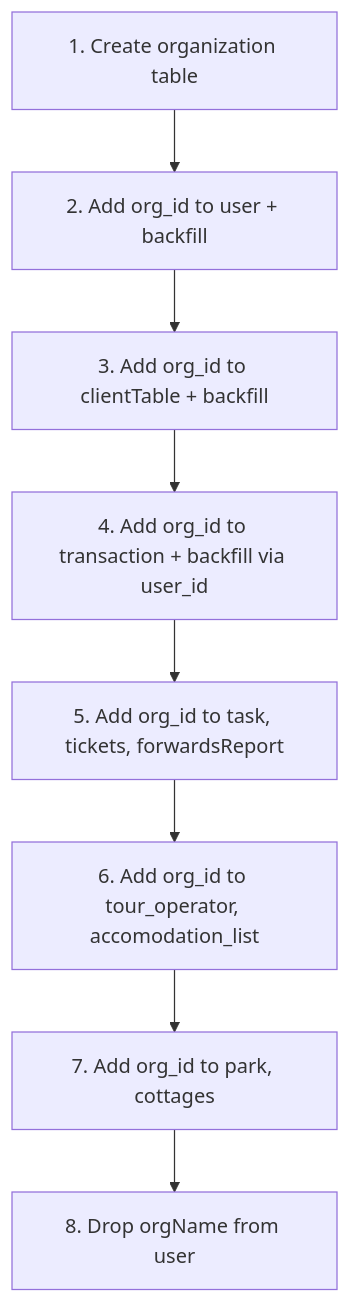
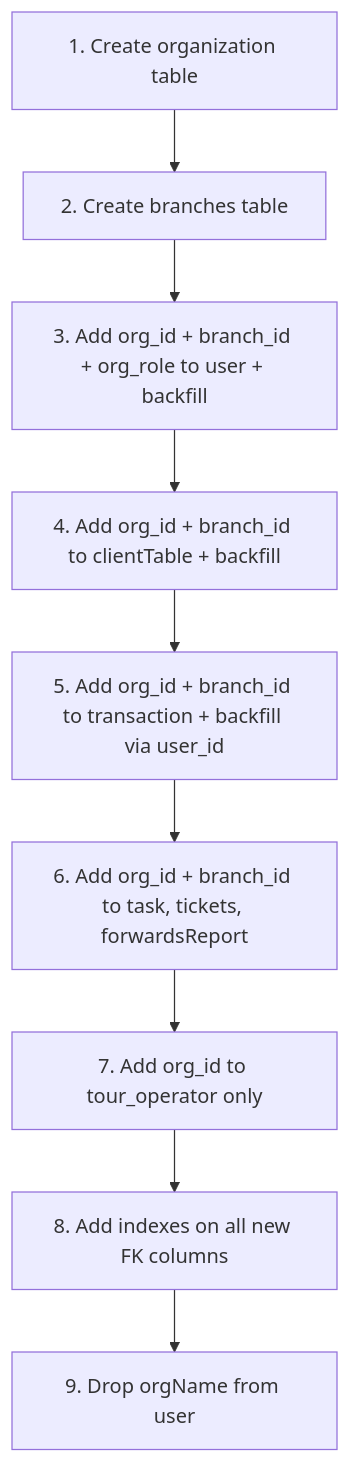
Before and after one commit to Jhay1413/travana-V2: diagram 14 of 21 in SAAS_MULTITENANCY_PLAN.md, drawn with Mermaid. The commit also changed other lines of this file and 7 other files, not shown here.

````diff
--- a/SAAS_MULTITENANCY_PLAN.md
+++ b/SAAS_MULTITENANCY_PLAN.md
@@ -339,13 +699,14 @@
 ```mermaid
 graph TD
     M1[1. Create organization table]
-    M2[2. Add org_id to user + backfill]
-    M3[3. Add org_id to clientTable + backfill]
-    M4[4. Add org_id to transaction + backfill via user_id]
-    M5[5. Add org_id to task, tickets, forwardsReport]
-    M6[6. Add org_id to tour_operator, accomodation_list]
-    M7[7. Add org_id to park, cottages]
-    M8[8. Drop orgName from user]
+    M2[2. Create branches table]
+    M3[3. Add org_id + branch_id + org_role to user + backfill]
+    M4[4. Add org_id + branch_id to clientTable + backfill]
+    M5[5. Add org_id + branch_id to transaction + backfill via user_id]
+    M6[6. Add org_id + branch_id to task, tickets, forwardsReport]
+    M7[7. Add org_id to tour_operator only]
+    M8[8. Add indexes on all new FK columns]
+    M9[9. Drop orgName from user]
 
-    M1 --> M2 --> M3 --> M4 --> M5 --> M6 --> M7 --> M8
+    M1 --> M2 --> M3 --> M4 --> M5 --> M6 --> M7 --> M8 --> M9
 ```
````
